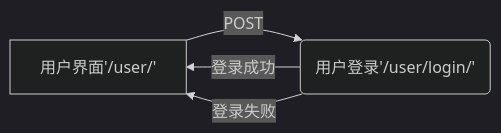
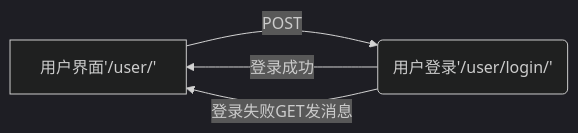
The second of 13 diagrams in 设计.md (LingrenKong/DB_project), drawn with Mermaid (dark theme) before and after one commit. The commit also changed other lines of this file and 2 other files, not shown here.

````diff
--- a/设计.md
+++ b/设计.md
@@ -174,8 +154,8 @@
 ```mermaid
 graph LR
 	U[用户界面'/user/']
 	ULI(用户登录'/user/login/')
 	U--POST-->ULI
 	ULI--登录成功-->U
-	ULI--登录失败-->U
+	ULI--登录失败GET发消息-->U
 ```
````
